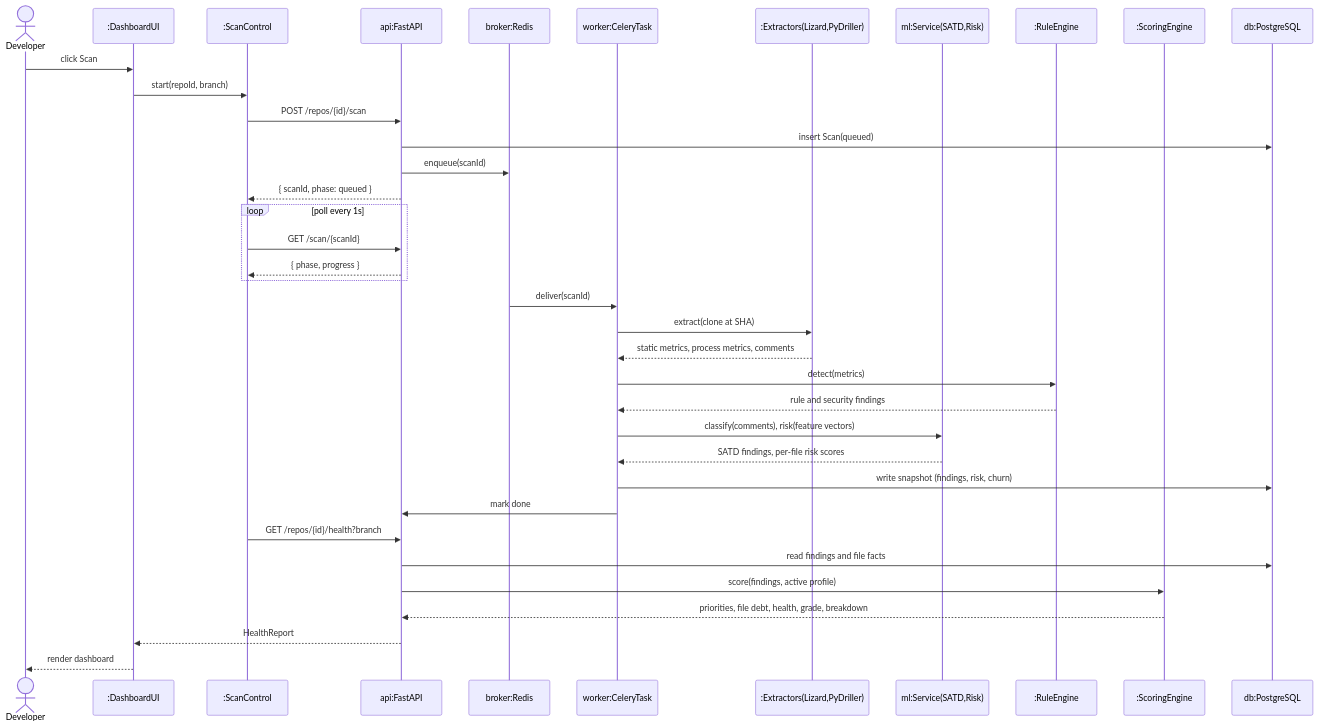
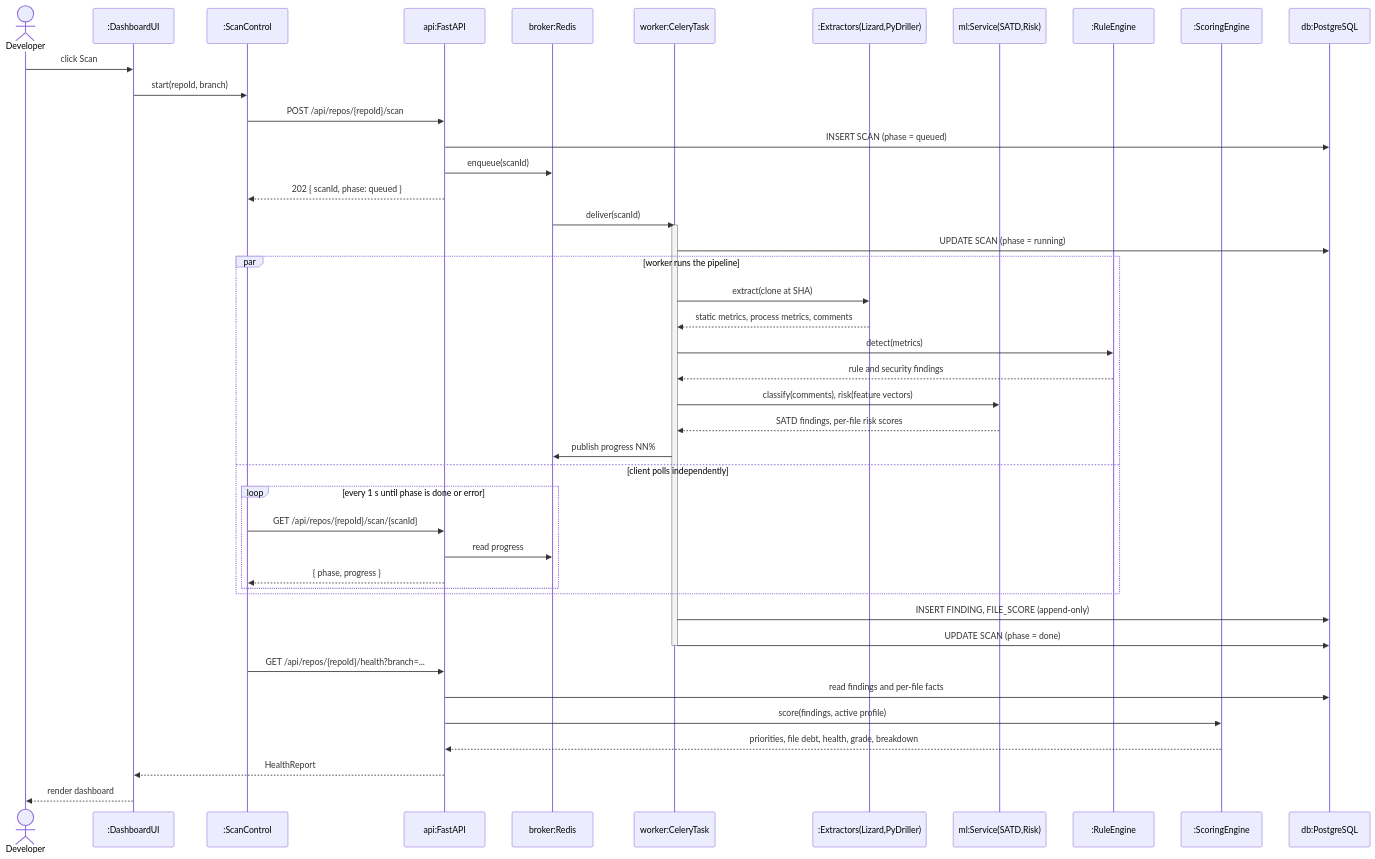
Before and after one commit to JPabasara/CodeSage-AI: the fifth of 9 diagrams in docs/Deliverables/Software_Architecture_Document.md, drawn with Mermaid. The commit also changed other lines of this file, not shown here.

Commit message:
docs: change scan activity diagram independent calls to both ML

````diff
--- a/docs/Deliverables/Software_Architecture_Document.md
+++ b/docs/Deliverables/Software_Architecture_Document.md
@@ -360,40 +441,52 @@
 ```mermaid
 sequenceDiagram
     actor Dev as Developer
     participant UI as :DashboardUI
     participant SC as :ScanControl
     participant API as api:FastAPI
     participant Q as broker:Redis
     participant W as worker:CeleryTask
     participant EX as :Extractors(Lizard,PyDriller)
     participant ML as ml:Service(SATD,Risk)
     participant RE as :RuleEngine
     participant SS as :ScoringEngine
     participant DB as db:PostgreSQL
 
     Dev->>UI: click Scan
     UI->>SC: start(repoId, branch)
-    SC->>API: POST /repos/{id}/scan
-    API->>DB: insert Scan(queued)
+    SC->>API: POST /api/repos/{repoId}/scan
+    API->>DB: INSERT SCAN (phase = queued)
     API->>Q: enqueue(scanId)
-    API-->>SC: { scanId, phase: queued }
-    loop poll every 1s
-        SC->>API: GET /scan/{scanId}
-        API-->>SC: { phase, progress }
+    API-->>SC: 202 { scanId, phase: queued }
+
+    Q->>W: deliver(scanId)
+    activate W
+    W->>DB: UPDATE SCAN (phase = running)
+
+    par worker runs the pipeline
+        W->>EX: extract(clone at SHA)
+        EX-->>W: static metrics, process metrics, comments
+        W->>RE: detect(metrics)
+        RE-->>W: rule and security findings
+        W->>ML: classify(comments), risk(feature vectors)
+        ML-->>W: SATD findings, per-file risk scores
+        W->>Q: publish progress NN%
+    and client polls independently
+        loop every 1 s until phase is done or error
+            SC->>API: GET /api/repos/{repoId}/scan/{scanId}
+            API->>Q: read progress
+            API-->>SC: { phase, progress }
+        end
     end
-    Q->>W: deliver(scanId)
-    W->>EX: extract(clone at SHA)
-    EX-->>W: static metrics, process metrics, comments
-    W->>RE: detect(metrics)
-    RE-->>W: rule and security findings
-    W->>ML: classify(comments), risk(feature vectors)
-    ML-->>W: SATD findings, per-file risk scores
-    W->>DB: write snapshot (findings, risk, churn) 
-    W->>API: mark done
-    SC->>API: GET /repos/{id}/health?branch
-    API->>DB: read findings and file facts
+
+    W->>DB: INSERT FINDING, FILE_SCORE (append-only)
+    W->>DB: UPDATE SCAN (phase = done)
+    deactivate W
+
+    SC->>API: GET /api/repos/{repoId}/health?branch=...
+    API->>DB: read findings and per-file facts
     API->>SS: score(findings, active profile)
     SS-->>API: priorities, file debt, health, grade, breakdown
     API-->>UI: HealthReport
     UI-->>Dev: render dashboard
 ```
````
